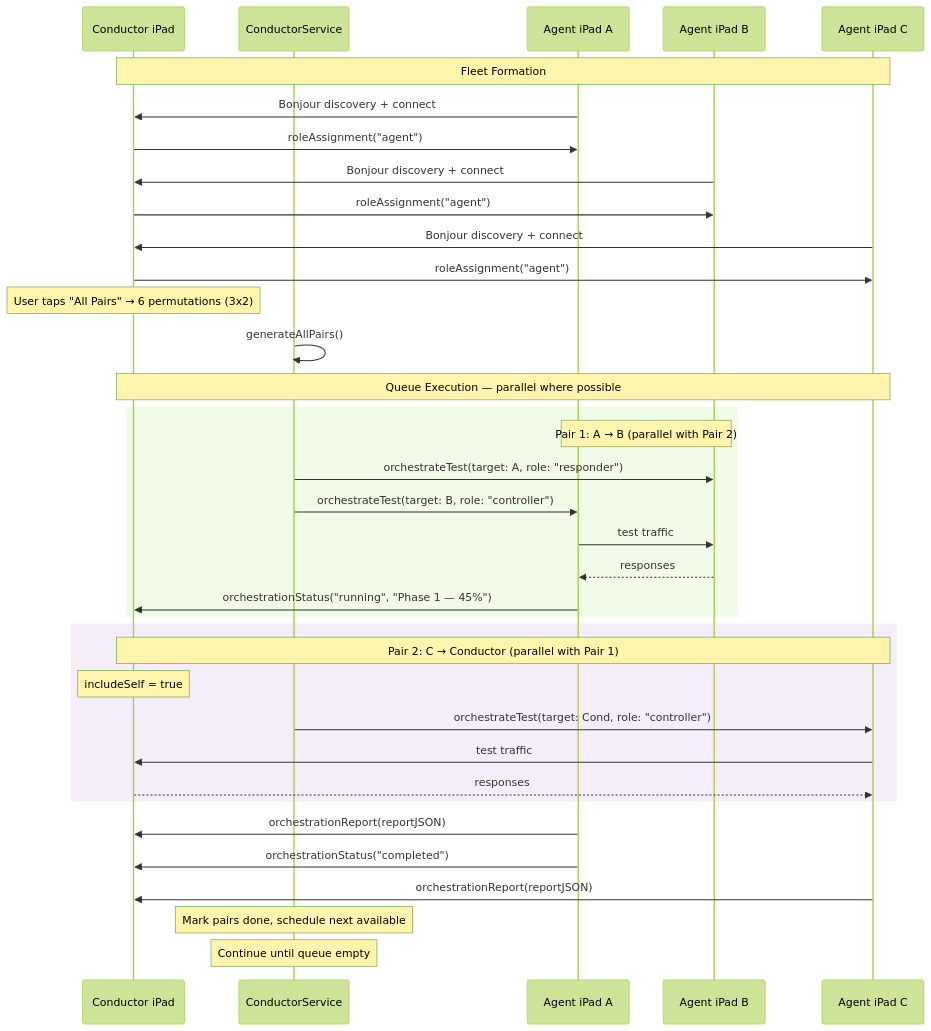
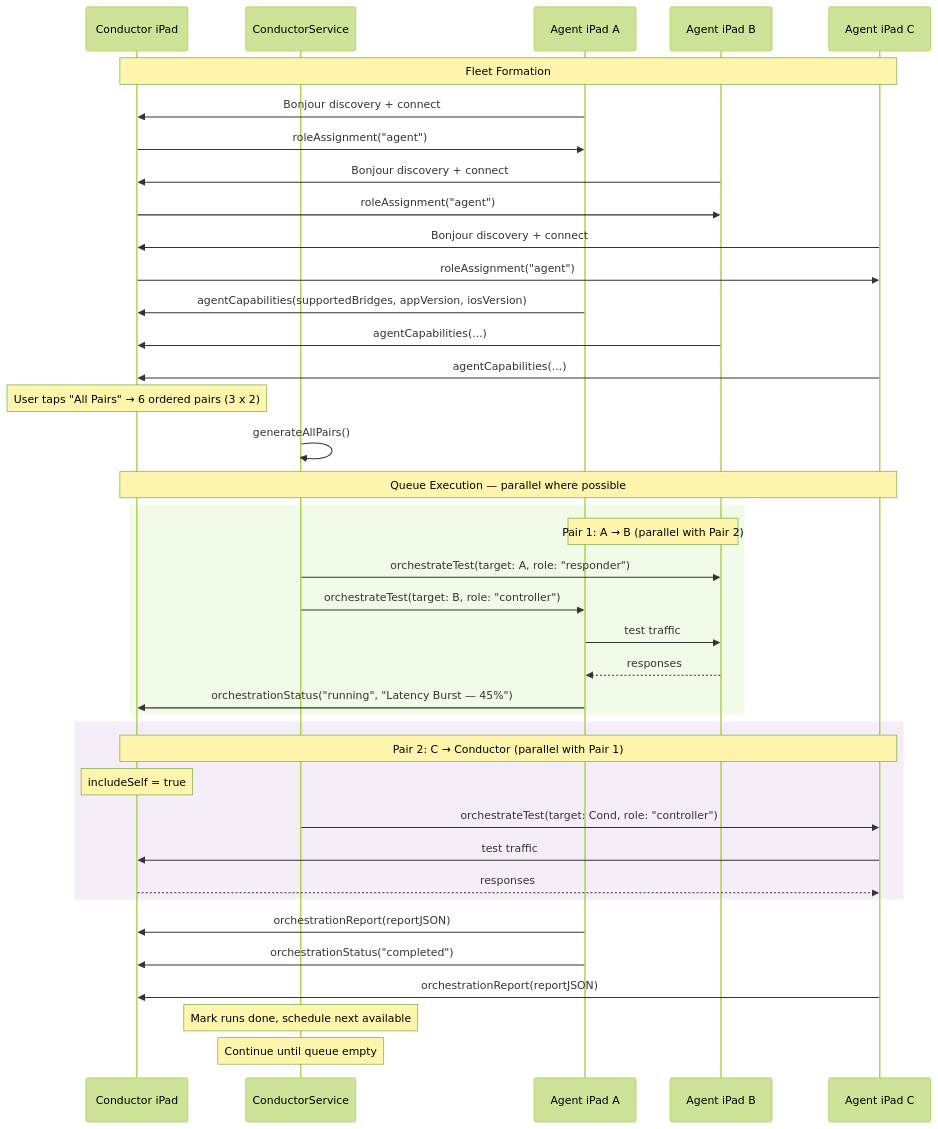
The sixth of 11 diagrams in docs/current_architecture.md (chrlyons/iPadDx), drawn with Mermaid (forest theme) before and after one commit. The commit also changed other lines of this file and 61 other files, not shown here.

````diff
--- a/docs/current_architecture.md
+++ b/docs/current_architecture.md
@@ -187,45 +239,49 @@
 ```mermaid
 sequenceDiagram
     participant Cond as Conductor iPad
     participant CS as ConductorService
     participant AgentA as Agent iPad A
     participant AgentB as Agent iPad B
     participant AgentC as Agent iPad C
 
     Note over Cond,AgentC: Fleet Formation
     AgentA->>Cond: Bonjour discovery + connect
     Cond->>AgentA: roleAssignment("agent")
     AgentB->>Cond: Bonjour discovery + connect
     Cond->>AgentB: roleAssignment("agent")
     AgentC->>Cond: Bonjour discovery + connect
     Cond->>AgentC: roleAssignment("agent")
 
-    Note over Cond: User taps "All Pairs" → 6 permutations (3x2)
+    AgentA->>Cond: agentCapabilities(supportedBridges, appVersion, iosVersion)
+    AgentB->>Cond: agentCapabilities(...)
+    AgentC->>Cond: agentCapabilities(...)
+
+    Note over Cond: User taps "All Pairs" → 6 ordered pairs (3 x 2)
     CS->>CS: generateAllPairs()
 
     Note over Cond,AgentC: Queue Execution — parallel where possible
 
     rect rgb(125, 211, 33, 0.1)
         Note over AgentA,AgentB: Pair 1: A → B (parallel with Pair 2)
         CS->>AgentB: orchestrateTest(target: A, role: "responder")
         CS->>AgentA: orchestrateTest(target: B, role: "controller")
         AgentA->>AgentB: test traffic
         AgentB-->>AgentA: responses
-        AgentA->>Cond: orchestrationStatus("running", "Phase 1 — 45%")
+        AgentA->>Cond: orchestrationStatus("running", "Latency Burst — 45%")
     end
 
     rect rgb(155, 89, 182, 0.1)
         Note over AgentC,Cond: Pair 2: C → Conductor (parallel with Pair 1)
         Note over Cond: includeSelf = true
         CS->>AgentC: orchestrateTest(target: Cond, role: "controller")
         AgentC->>Cond: test traffic
         Cond-->>AgentC: responses
     end
 
     AgentA->>Cond: orchestrationReport(reportJSON)
     AgentA->>Cond: orchestrationStatus("completed")
     AgentC->>Cond: orchestrationReport(reportJSON)
 
-    Note over CS: Mark pairs done, schedule next available
+    Note over CS: Mark runs done, schedule next available
     Note over CS: Continue until queue empty
 ```
````
